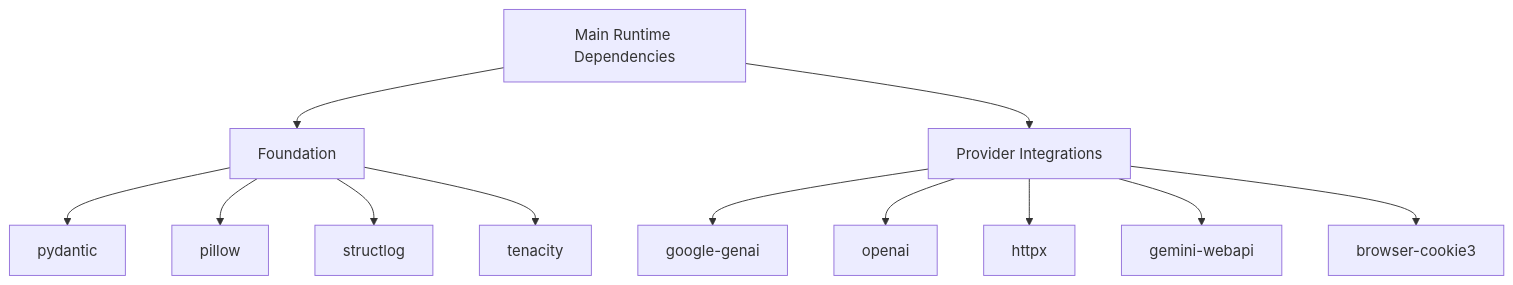
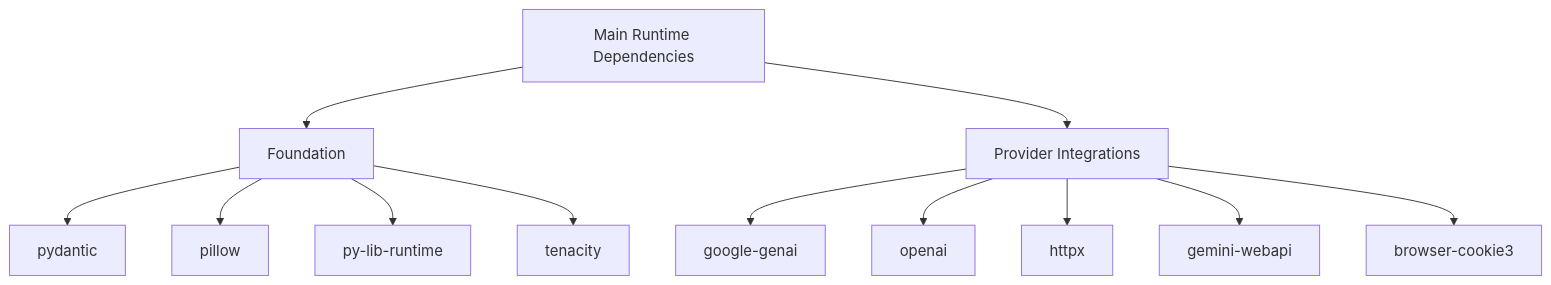
Before and after one commit to betabitplus/llm-router: the diagram in docs/llm_router/dependencies.md, drawn with Mermaid. The commit also changed other lines of this file and 319 other files, not shown here.

````diff
--- a/docs/llm_router/dependencies.md
+++ b/docs/llm_router/dependencies.md
@@ -19,16 +19,16 @@
 ```mermaid
 flowchart TD
     A["Main Runtime Dependencies"] --> B["Foundation"]
     A --> C["Provider Integrations"]
 
     B --> B1["pydantic"]
     B --> B2["pillow"]
-    B --> B3["structlog"]
+    B --> B3["py-lib-runtime"]
     B --> B4["tenacity"]
 
     C --> C1["google-genai"]
     C --> C2["openai"]
     C --> C3["httpx"]
     C --> C4["gemini-webapi"]
     C --> C5["browser-cookie3"]
 ```
````
